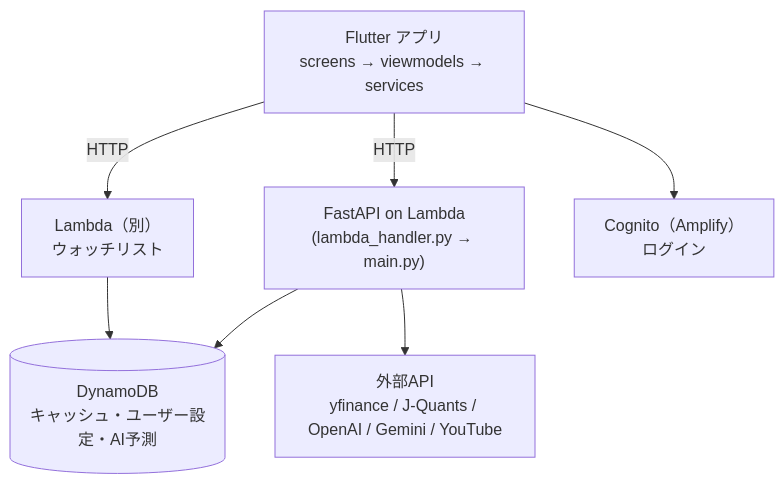
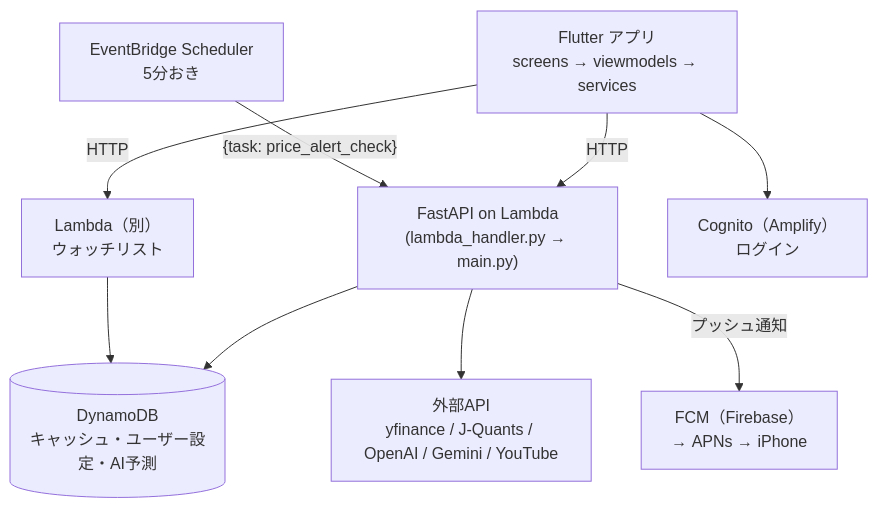
Before and after one commit to mero5/stock_app: the diagram in docs/ARCHITECTURE.md, drawn with Mermaid. The commit also changed other lines of this file and 33 other files, not shown here.

````diff
--- a/docs/ARCHITECTURE.md
+++ b/docs/ARCHITECTURE.md
@@ -12,16 +12,20 @@
 ```mermaid
 flowchart TB
   app["Flutter アプリ<br/>screens → viewmodels → services"]
   api["FastAPI on Lambda<br/>(lambda_handler.py → main.py)"]
   wl["Lambda（別）<br/>ウォッチリスト"]
   ddb[("DynamoDB<br/>キャッシュ・ユーザー設定・AI予測")]
   ext["外部API<br/>yfinance / J-Quants / OpenAI / Gemini / YouTube"]
   cognito["Cognito（Amplify）<br/>ログイン"]
+  sched["EventBridge Scheduler<br/>5分おき"]
+  fcm["FCM（Firebase）<br/>→ APNs → iPhone"]
 
   app -->|HTTP| api
   app -->|HTTP| wl
   app --> cognito
   api --> ddb
   api --> ext
   wl --> ddb
+  sched -->|"{task: price_alert_check}"| api
+  api -->|プッシュ通知| fcm
 ```
````
